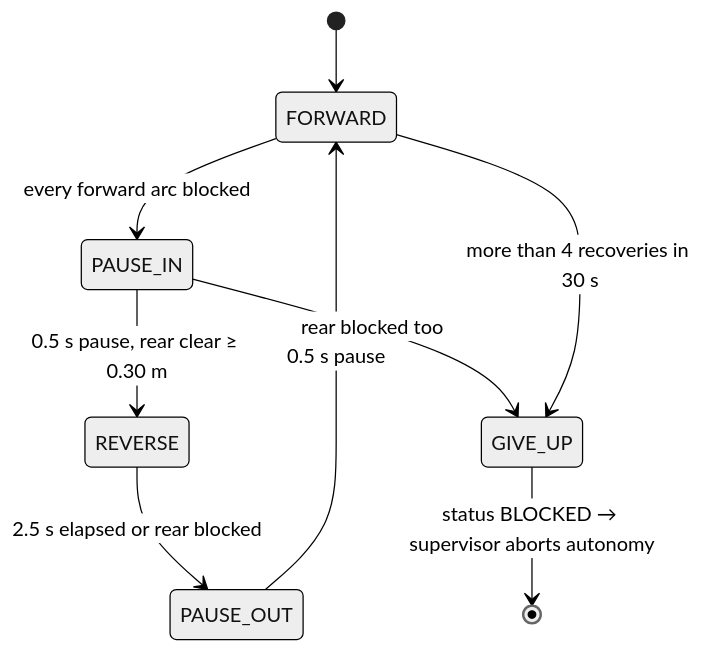
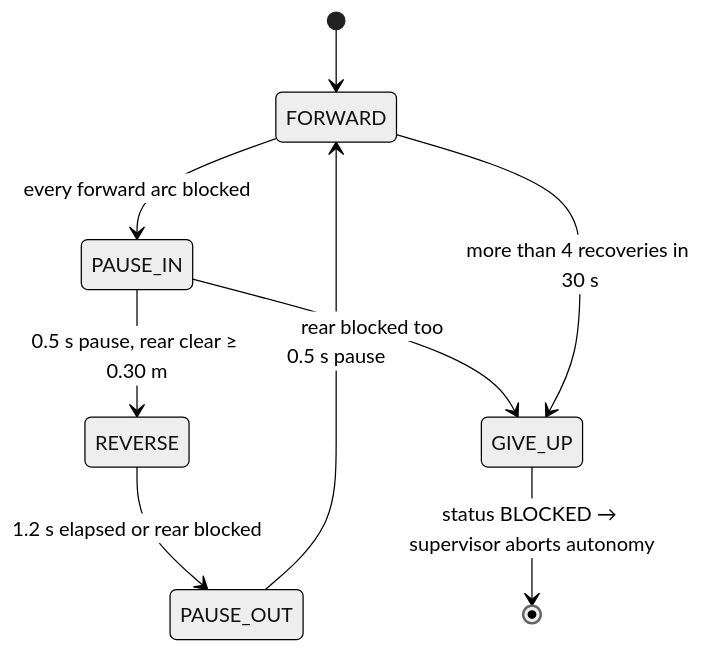
One commit to SamyakGangwal/Project_LAKSA changed the second of 2 diagrams in docs/learned_driver/05_runtime_safety.md. Above: the diagram before and after it, drawn with Mermaid (neutral theme). The commit also changed other lines of this file and 7 other files, not shown here.

````diff
--- a/docs/learned_driver/05_runtime_safety.md
+++ b/docs/learned_driver/05_runtime_safety.md
@@ -59,11 +62,11 @@
 ```mermaid
 stateDiagram-v2
     [*] --> FORWARD
     FORWARD --> PAUSE_IN: every forward arc blocked
     PAUSE_IN --> REVERSE: 0.5 s pause, rear clear ≥ 0.30 m
     PAUSE_IN --> GIVE_UP: rear blocked too
-    REVERSE --> PAUSE_OUT: 2.5 s elapsed or rear blocked
+    REVERSE --> PAUSE_OUT: 1.2 s elapsed or rear blocked
     PAUSE_OUT --> FORWARD: 0.5 s pause
     FORWARD --> GIVE_UP: more than 4 recoveries in 30 s
     GIVE_UP --> [*]: status BLOCKED → supervisor aborts autonomy
 ```
````
